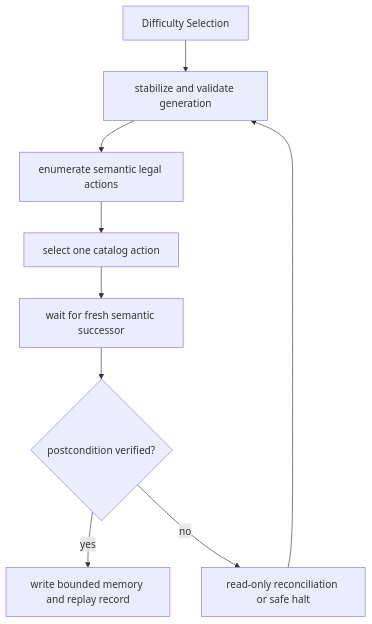
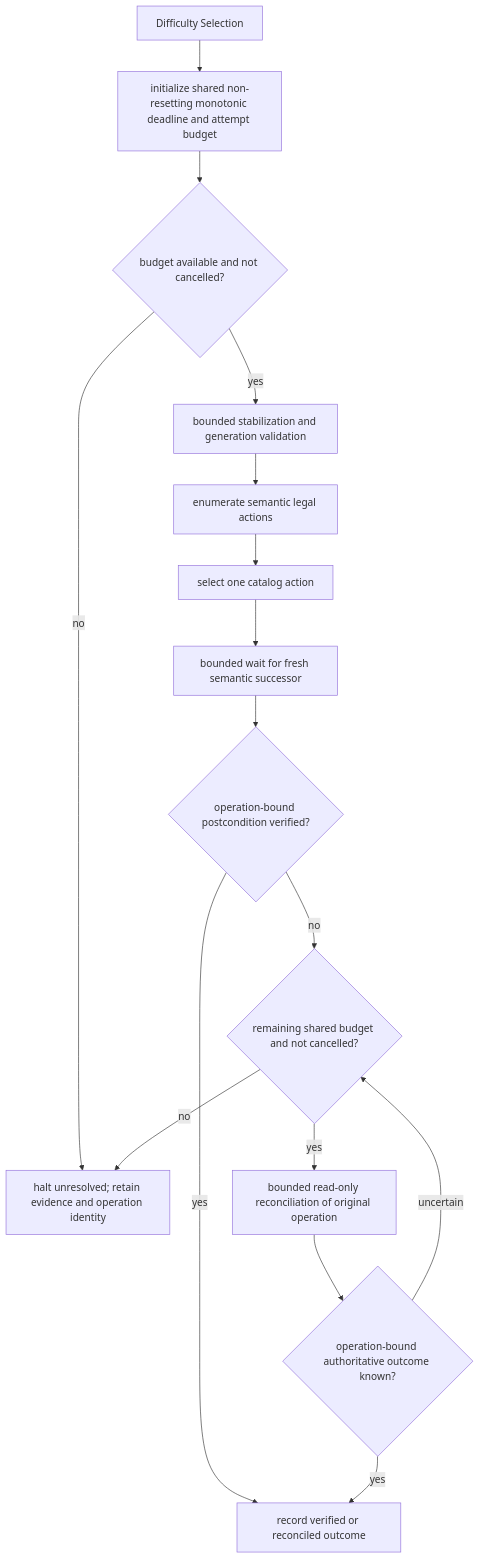
Before and after one commit to AI-Ascension/sts2-harness: the diagram in docs/research/sts2-expert-state-package/diagrams/states/difficulty_selection.mmd, drawn with Mermaid. The commit also changed 135 other files, not shown here.

Commit message:
fix(research): bound generated recovery and halt unresolved outcomes

```diff
--- a/docs/research/sts2-expert-state-package/diagrams/states/difficulty_selection.mmd
+++ b/docs/research/sts2-expert-state-package/diagrams/states/difficulty_selection.mmd
@@ -1,11 +1,19 @@
 %% Generated by sts2-expert-state-package-generator/1; requirements baseline only.
 flowchart TD
-    E["Difficulty Selection"] --> B["stabilize and validate generation"]
+    E["Difficulty Selection"] --> I["initialize shared non-resetting monotonic deadline and attempt budget"]
+    I --> Q{"budget available and not cancelled?"}
+    Q -->|no| H["halt unresolved; retain evidence and operation identity"]
+    Q -->|yes| B["bounded stabilization and generation validation"]
     B --> L["enumerate semantic legal actions"]
     L --> X["select one catalog action"]
-    X --> W["wait for fresh semantic successor"]
-    W --> V{"postcondition verified?"}
-    V -->|yes| M["write bounded memory and replay record"]
-    V -->|no| R["read-only reconciliation or safe halt"]
-    R --> B
+    X --> W["bounded wait for fresh semantic successor"]
+    W --> V{"operation-bound postcondition verified?"}
+    V -->|yes| M["record verified or reconciled outcome"]
+    V -->|no| C{"remaining shared budget and not cancelled?"}
+    C -->|no| H
+    C -->|yes| R["bounded read-only reconciliation of original operation"]
+    R --> K{"operation-bound authoritative outcome known?"}
+    K -->|yes| M
+    K -->|uncertain| C
+    %% No recovery edge returns to action selection; halt has no outgoing edge.
     %% Stable node key: difficulty_selection
```
